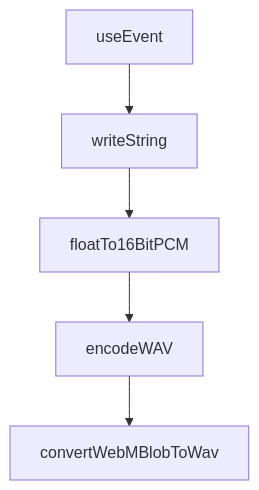
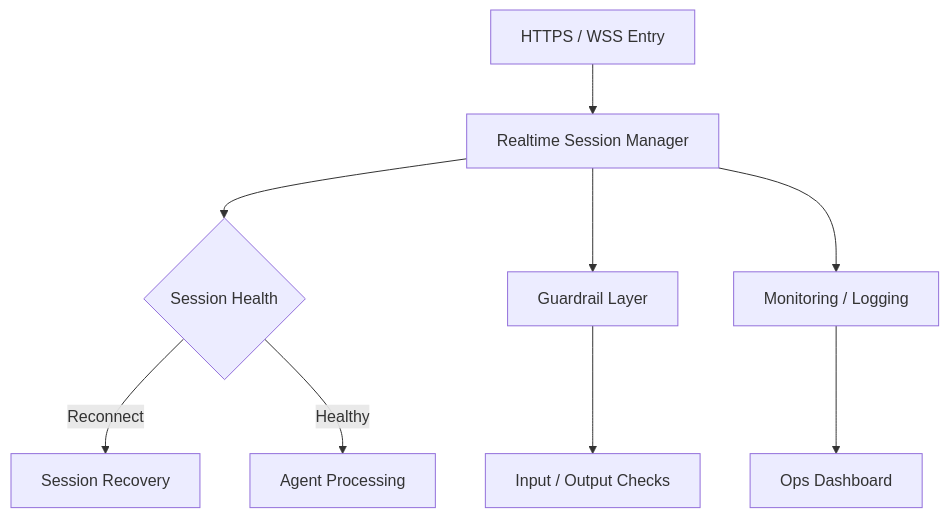
Before and after one commit to johnxie/awesome-code-docs: the diagram in tutorials/openai-realtime-agents-tutorial/08-production-deployment.md, drawn with Mermaid. The commit also changed other lines of this file and 1232 other files, not shown here.

````diff
--- a/tutorials/openai-realtime-agents-tutorial/08-production-deployment.md
+++ b/tutorials/openai-realtime-agents-tutorial/08-production-deployment.md
@@ -236,12 +91,11 @@
 ```mermaid
 flowchart TD
-    A[useEvent]
-    B[writeString]
-    C[floatTo16BitPCM]
-    D[encodeWAV]
-    E[convertWebMBlobToWav]
-    A --> B
-    B --> C
-    C --> D
-    D --> E
+    A[HTTPS / WSS Entry] --> B[Realtime Session Manager]
+    B --> C{Session Health}
+    C -->|Reconnect| D[Session Recovery]
+    C -->|Healthy| E[Agent Processing]
+    B --> F[Guardrail Layer]
+    F --> G[Input / Output Checks]
+    B --> H[Monitoring / Logging]
+    H --> I[Ops Dashboard]
 ```
````
